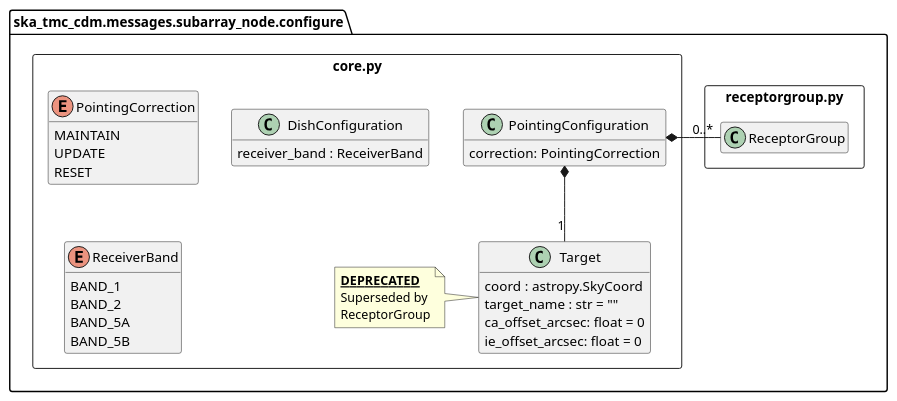
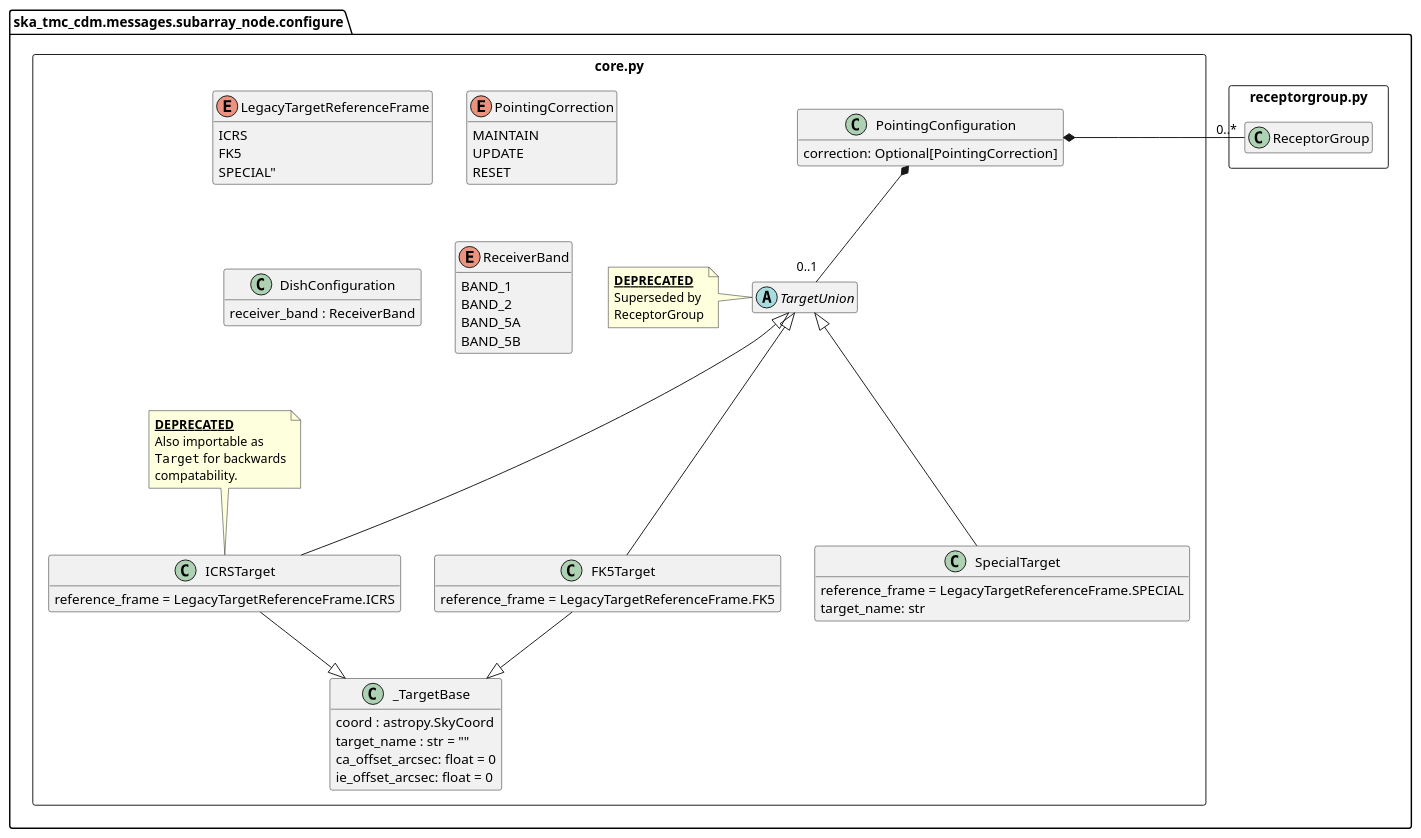
Before and after one commit to ska-telescope/cdm-shared-library: the diagram in docs/src/developer/subarraynode/core.puml, drawn with PlantUML. The commit also changed 5 other files, not shown here.

First line of the commit message:
BTN-2507: correct reference_frame case for SKA-Mid 3.0

```diff
--- a/docs/src/developer/subarraynode/core.puml
+++ b/docs/src/developer/subarraynode/core.puml
@@ -1,51 +1,86 @@
 @startuml
 hide empty members
 
 package "ska_tmc_cdm.messages.subarray_node.configure" as base {
 
 	package "receptorgroup.py" as _receptorgroup <<Rectangle>> {
         class ReceptorGroup {}
     }
 
 	package "core.py" as _core <<Rectangle>> {
 
-		class Target {
+        enum LegacyTargetReferenceFrame {
+            ICRS
+            FK5
+            SPECIAL"
+        }
+
+        class SpecialTarget {
+            reference_frame = LegacyTargetReferenceFrame.SPECIAL
+            target_name: str
+        }
+
+        class ICRSTarget {
+            reference_frame = LegacyTargetReferenceFrame.ICRS
+        }
+
+        class FK5Target {
+            reference_frame = LegacyTargetReferenceFrame.FK5
+        }
+
+		class _TargetBase {
 			coord : astropy.SkyCoord
 			target_name : str = ""
 			ca_offset_arcsec: float = 0
 			ie_offset_arcsec: float = 0
 		}
-        note left of Target
+
+        _TargetBase <|-up- FK5Target
+        _TargetBase <|-up- ICRSTarget
+
+        abstract class TargetUnion {}
+        note left of TargetUnion
         <u>**DEPRECATED**</u>
         Superseded by
         ReceptorGroup
+        end note
+
+        TargetUnion <|--- ICRSTarget
+        TargetUnion <|--- FK5Target
+        TargetUnion <|--- SpecialTarget
+
+        note top of ICRSTarget
+        <u>**DEPRECATED**</u>
+        Also importable as
+        ""Target"" for backwards
+        compatability.
         end note
 
 		enum PointingCorrection {
 			MAINTAIN
 			UPDATE
 			RESET
 		}
 
 		class PointingConfiguration {
-			correction: PointingCorrection
+			correction: Optional[PointingCorrection]
 		}
-		PointingConfiguration *-- "1" Target
+		PointingConfiguration *-- "0..1" TargetUnion
 		PointingConfiguration *- "0..*" ReceptorGroup
 
 		class DishConfiguration {
 			receiver_band : ReceiverBand
 		}
 
 		enum ReceiverBand {
 			BAND_1
 			BAND_2
 			BAND_5A
 			BAND_5B
 		}
 
 	}
 
 }
 
 @enduml
```
